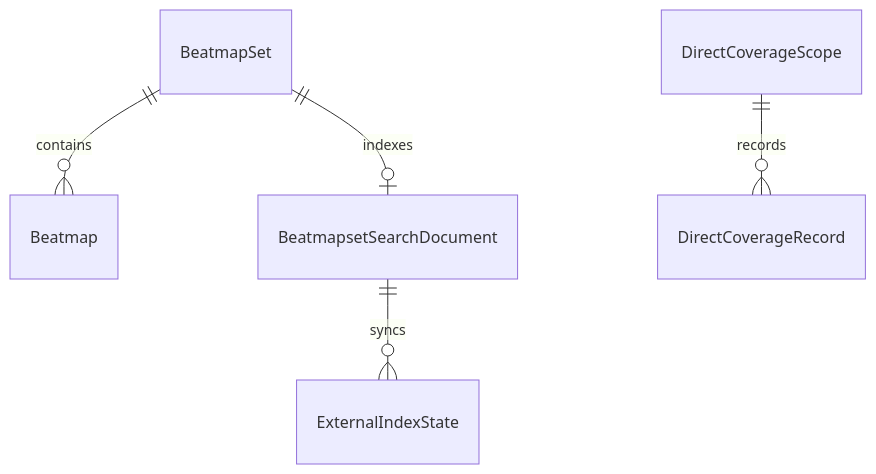
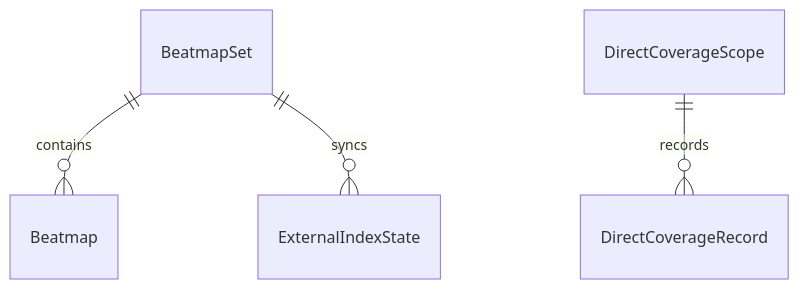
Before and after one commit to Reticulmz/athena: the sixth of 7 diagrams in .kiro/specs/osu-direct/design.md, drawn with Mermaid. The commit also changed other lines of this file and 3 other files, not shown here.

````diff
--- a/.kiro/specs/osu-direct/design.md
+++ b/.kiro/specs/osu-direct/design.md
@@ -580,7 +590,6 @@
 ```mermaid
 erDiagram
     BeatmapSet ||--o{ Beatmap : contains
-    BeatmapSet ||--o| BeatmapsetSearchDocument : indexes
-    BeatmapsetSearchDocument ||--o{ ExternalIndexState : syncs
+    BeatmapSet ||--o{ ExternalIndexState : syncs
     DirectCoverageScope ||--o{ DirectCoverageRecord : records
 ```
````
